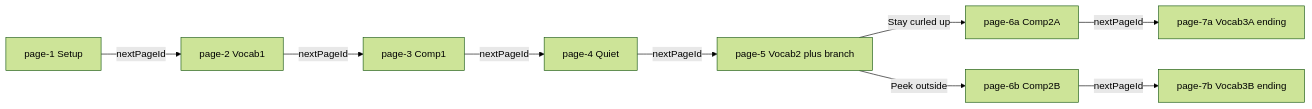
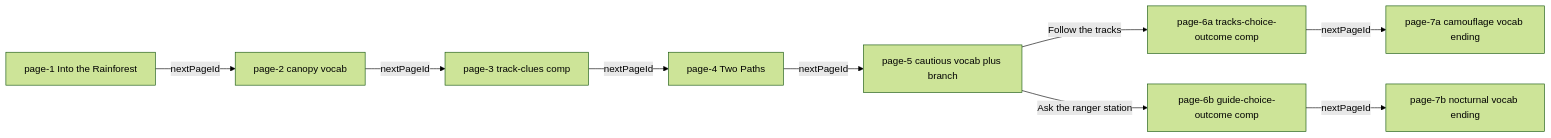
The fourth of 4 diagrams in docs/story-navigation.md (niksonndev/nerdy-story), drawn with Mermaid (forest theme) before and after one commit. The commit also changed other lines of this file, not shown here.

Commit message:
docs: document Mia and the Hidden Sloth page graph
Replace Pip story navigation diagram with Mia branch labels, vocab, and comprehension page mapping.

````diff
--- a/docs/story-navigation.md
+++ b/docs/story-navigation.md
@@ -110,11 +110,11 @@
 ```mermaid
 flowchart LR
-  page1[page-1 Setup] -->|nextPageId| page2[page-2 Vocab1]
-  page2 -->|nextPageId| page3[page-3 Comp1]
-  page3 -->|nextPageId| page4[page-4 Quiet]
-  page4 -->|nextPageId| page5[page-5 Vocab2 plus branch]
-  page5 -->|Stay curled up| page6a[page-6a Comp2A]
-  page5 -->|Peek outside| page6b[page-6b Comp2B]
-  page6a -->|nextPageId| page7a[page-7a Vocab3A ending]
-  page6b -->|nextPageId| page7b[page-7b Vocab3B ending]
+  page1[page-1 Into the Rainforest] -->|nextPageId| page2[page-2 canopy vocab]
+  page2 -->|nextPageId| page3[page-3 track-clues comp]
+  page3 -->|nextPageId| page4[page-4 Two Paths]
+  page4 -->|nextPageId| page5[page-5 cautious vocab plus branch]
+  page5 -->|Follow the tracks| page6a[page-6a tracks-choice-outcome comp]
+  page5 -->|Ask the ranger station| page6b[page-6b guide-choice-outcome comp]
+  page6a -->|nextPageId| page7a[page-7a camouflage vocab ending]
+  page6b -->|nextPageId| page7b[page-7b nocturnal vocab ending]
 ```
````
